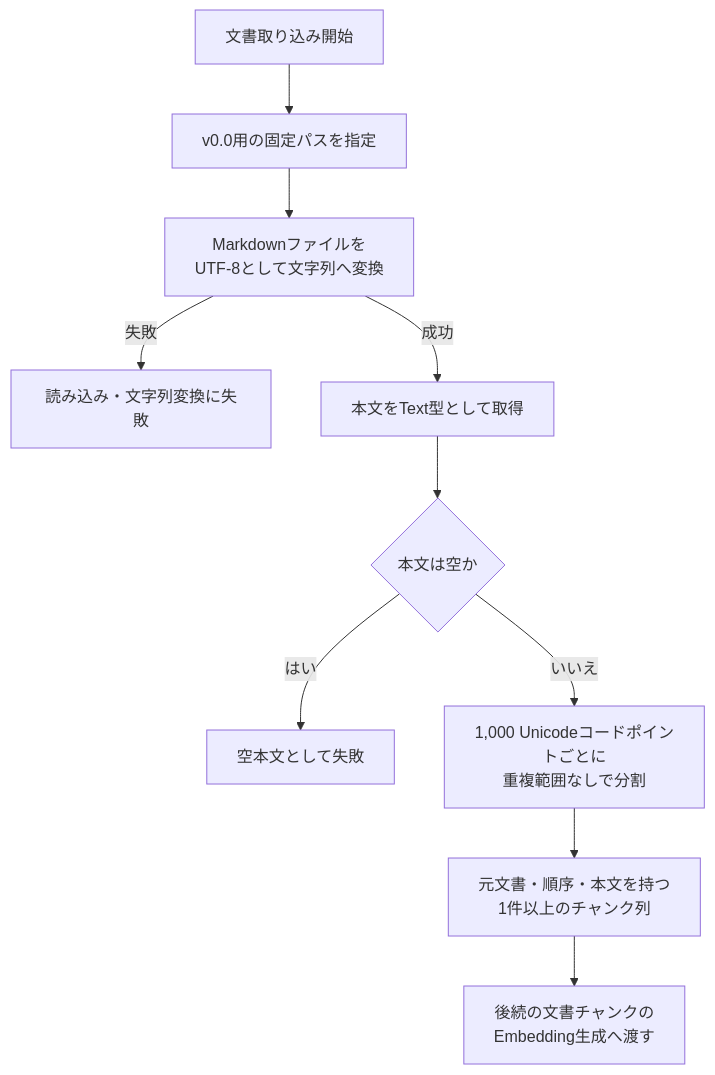
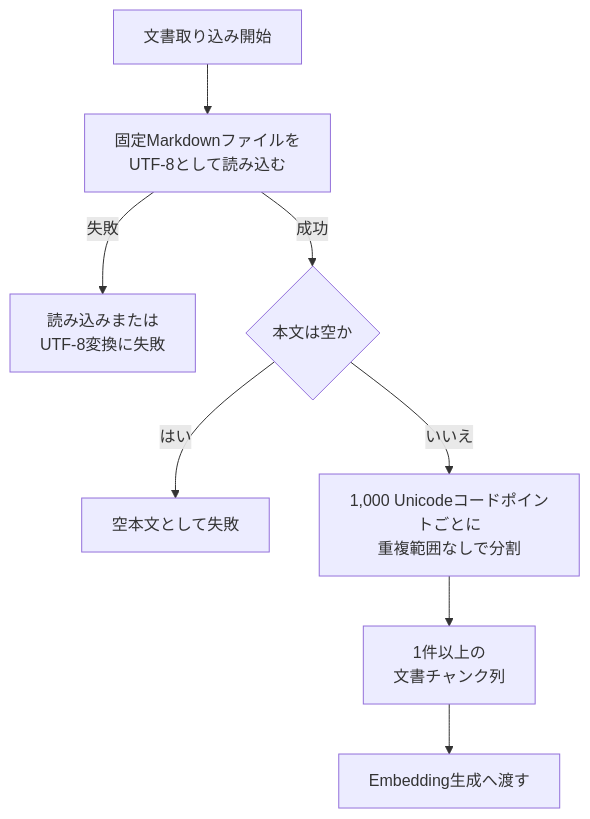
One commit to takashit16833/RAGScope changed the diagram in project-docs/design/文書処理設計.md. Above: the diagram before and after it, drawn with Mermaid. The commit also changed other lines of this file, not shown here.

````diff
--- a/project-docs/design/文書処理設計.md
+++ b/project-docs/design/文書処理設計.md
@@ -146,19 +64,17 @@
 ```mermaid
 flowchart TD
     Start["文書取り込み開始"]
-    FixedPath["v0.0用の固定パスを指定"]
-    Read["Markdownファイルを<br>UTF-8として文字列へ変換"]
-    ReadError["読み込み・文字列変換に失敗"]
-    Loaded["本文をText型として取得"]
+    Read["固定Markdownファイルを<br>UTF-8として読み込む"]
+    ReadFailure["読み込みまたは<br>UTF-8変換に失敗"]
     Empty{"本文は空か"}
-    EmptyError["空本文として失敗"]
+    EmptyFailure["空本文として失敗"]
     Chunk["1,000 Unicodeコードポイントごとに<br>重複範囲なしで分割"]
-    Result["元文書・順序・本文を持つ<br>1件以上のチャンク列"]
-    Handoff["後続の文書チャンクの<br>Embedding生成へ渡す"]
+    Result["1件以上の<br>文書チャンク列"]
+    Handoff["Embedding生成へ渡す"]
 
-    Start --> FixedPath --> Read
-    Read -->|失敗| ReadError
-    Read -->|成功| Loaded --> Empty
-    Empty -->|はい| EmptyError
+    Start --> Read
+    Read -->|失敗| ReadFailure
+    Read -->|成功| Empty
+    Empty -->|はい| EmptyFailure
     Empty -->|いいえ| Chunk --> Result --> Handoff
 ```
````
